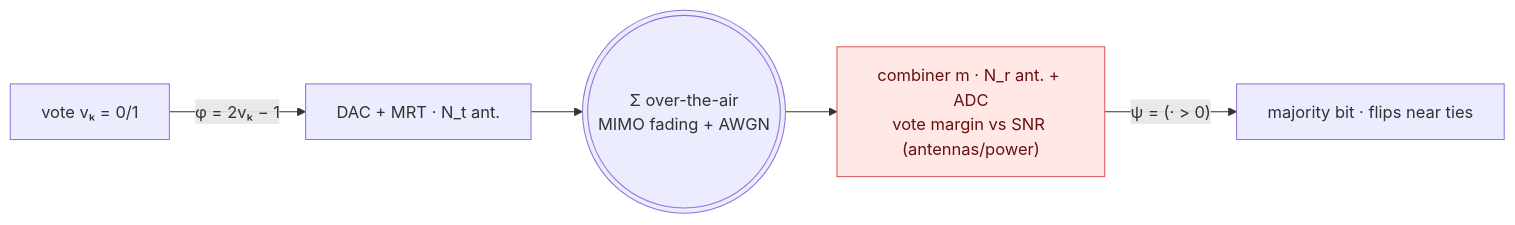
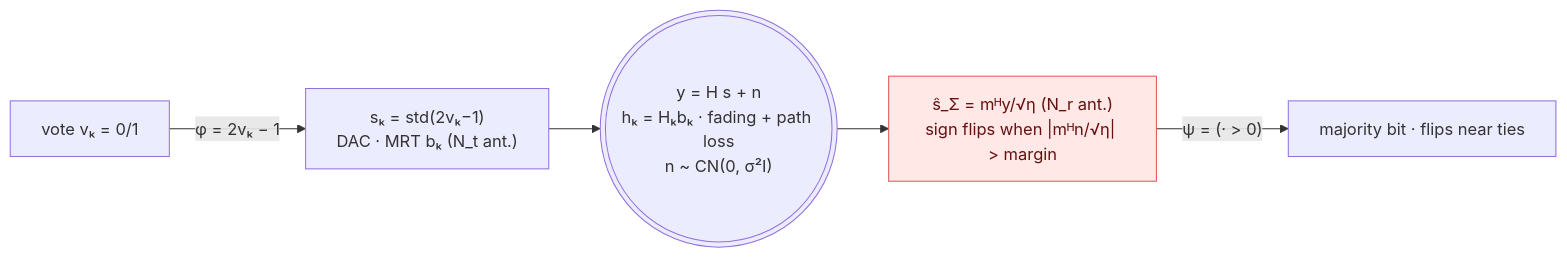
The ninth of 13 diagrams in README.md (wincle626/OverAirCompute), drawn with Mermaid before and after one commit. The commit also changed other lines of this file, not shown here.

````diff
--- a/README.md
+++ b/README.md
@@ -334,9 +351,9 @@
 ```mermaid
 flowchart LR
-    s["vote vₖ = 0/1"] -->|"φ = 2vₖ − 1"| tx["DAC + MRT · N_t ant."]
-    tx --> air((("Σ over-the-air<br/>MIMO fading + AWGN")))
-    air --> rx["combiner m · N_r ant. + ADC<br/>vote margin vs SNR (antennas/power)"]
+    d["vote vₖ = 0/1"] -->|"φ = 2vₖ − 1"| tx["sₖ = std(2vₖ−1)<br/>DAC · MRT bₖ (N_t ant.)"]
+    tx --> y((("y = H s + n<br/>hₖ = Hₖbₖ · fading + path loss<br/>n ~ CN(0, σ²I)")))
+    y --> rx["ŝ_Σ = mᴴy/√η (N_r ant.)<br/>sign flips when |mᴴn/√η| > margin"]
     rx -->|"ψ = (· > 0)"| r["majority bit  ·  flips near ties"]
     classDef hot fill:#ffe8e6,stroke:#E15759,color:#611;
     class rx hot;
 ```
````
